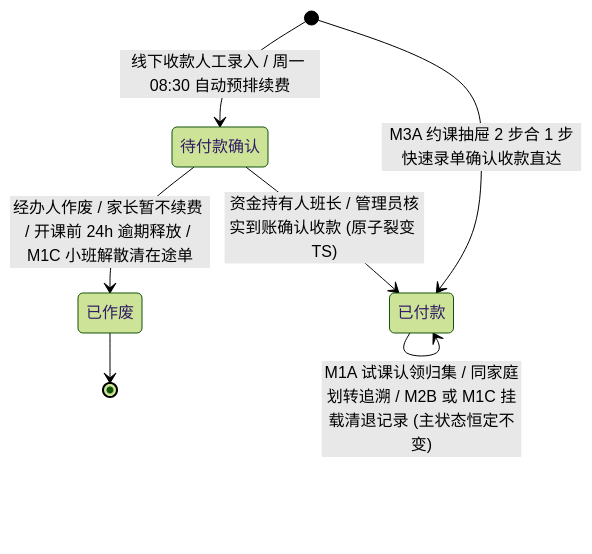
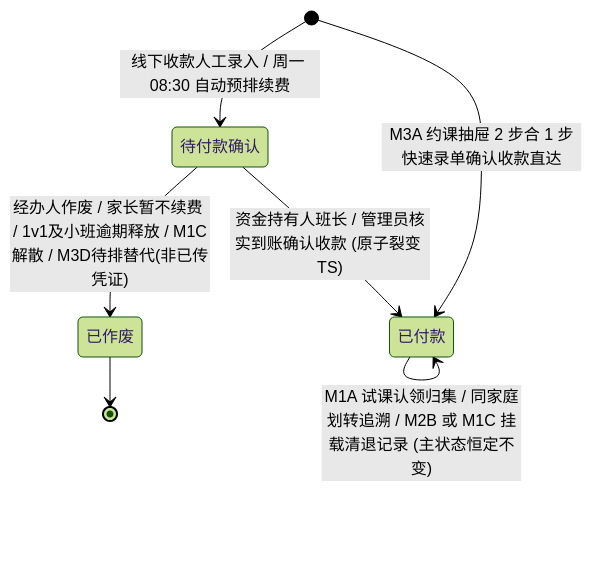
Before and after one commit to Onezao/dream: the first of 2 diagrams in docs/prd/m2a_course_orders.md, drawn with Mermaid (forest theme). The commit also changed other lines of this file and 34 other files, not shown here.

````diff
--- a/docs/prd/m2a_course_orders.md
+++ b/docs/prd/m2a_course_orders.md
@@ -142,12 +155,12 @@
 ```mermaid
 stateDiagram-v2
     [*] --> 待付款确认: 线下收款人工录入 / 周一 08:30 自动预排续费
     [*] --> 已付款: M3A 约课抽屉 2 步合 1 步快速录单确认收款直达
 
     待付款确认 --> 已付款: 资金持有人班长 / 管理员核实到账确认收款 (原子裂变 TS)
-    待付款确认 --> 已作废: 经办人作废 / 家长暂不续费 / 开课前 24h 逾期释放 / M1C 小班解散清在途单
+    待付款确认 --> 已作废: 经办人作废 / 家长暂不续费 / 1v1及小班逾期释放 / M1C解散 / M3D待排替代(非已传凭证)
 
     已付款 --> 已付款: M1A 试课认领归集 / 同家庭划转追溯 / M2B 或 M1C 挂载清退记录 (主状态恒定不变)
 
     已作废 --> [*]
 ```
````
